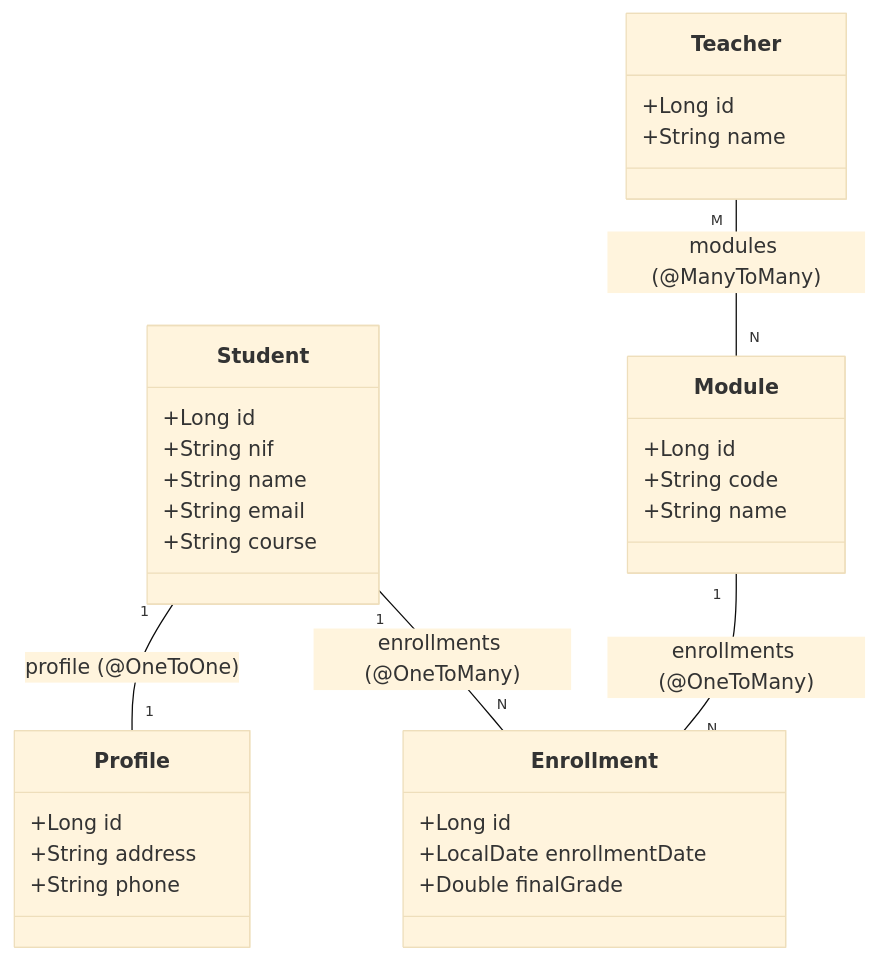
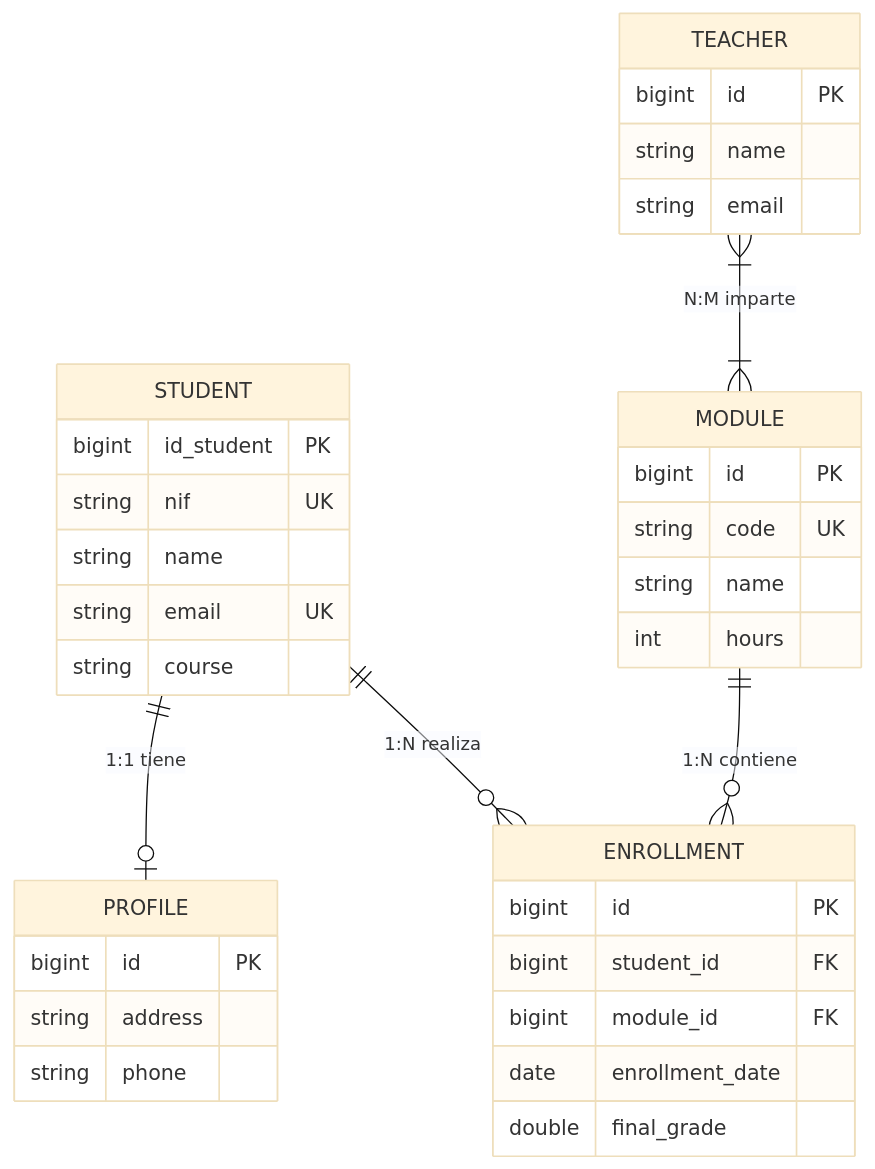
The ninth of 20 diagrams in RA3/RA3. Herramientas de mapeo objeto relacional (ORM) v3.md (fencgut961/AAD_26_27), drawn with Mermaid (base theme) before and after one commit. The commit also changed other lines of this file, not shown here.

Commit message:
Update ORM class diagram and relationships

````diff
--- a/RA3/RA3. Herramientas de mapeo objeto relacional (ORM) v3.md
+++ b/RA3/RA3. Herramientas de mapeo objeto relacional (ORM) v3.md
@@ -412,34 +412,42 @@
 ```mermaid
-classDiagram
-    class Student {
-        +Long id
-        +String nif
-        +String name
-        +String email
-        +String course
-    }
-    class Profile {
-        +Long id
-        +String address
-        +String phone
-    }
-    class Enrollment {
-        +Long id
-        +LocalDate enrollmentDate
-        +Double finalGrade
-    }
-    class Module {
-        +Long id
-        +String code
-        +String name
-    }
-    class Teacher {
-        +Long id
-        +String name
+erDiagram
+    STUDENT ||--o| PROFILE : "1:1 tiene"
+    STUDENT ||--o{ ENROLLMENT : "1:N realiza"
+    MODULE ||--o{ ENROLLMENT : "1:N contiene"
+    TEACHER }|--|{ MODULE : "N:M imparte"
+
+    STUDENT {
+        bigint id_student PK
+        string nif UK
+        string name
+        string email UK
+        string course
     }
 
-    Student "1" -- "1" Profile : profile (@OneToOne)
-    Student "1" -- "N" Enrollment : enrollments (@OneToMany)
-    Module "1" -- "N" Enrollment : enrollments (@OneToMany)
-    Teacher "M" -- "N" Module : modules (@ManyToMany)
+    PROFILE {
+        bigint id PK
+        string address
+        string phone
+    }
+
+    ENROLLMENT {
+        bigint id PK
+        bigint student_id FK
+        bigint module_id FK
+        date enrollment_date
+        double final_grade
+    }
+
+    MODULE {
+        bigint id PK
+        string code UK
+        string name
+        int hours
+    }
+
+    TEACHER {
+        bigint id PK
+        string name
+        string email
+    }
 ```
````
